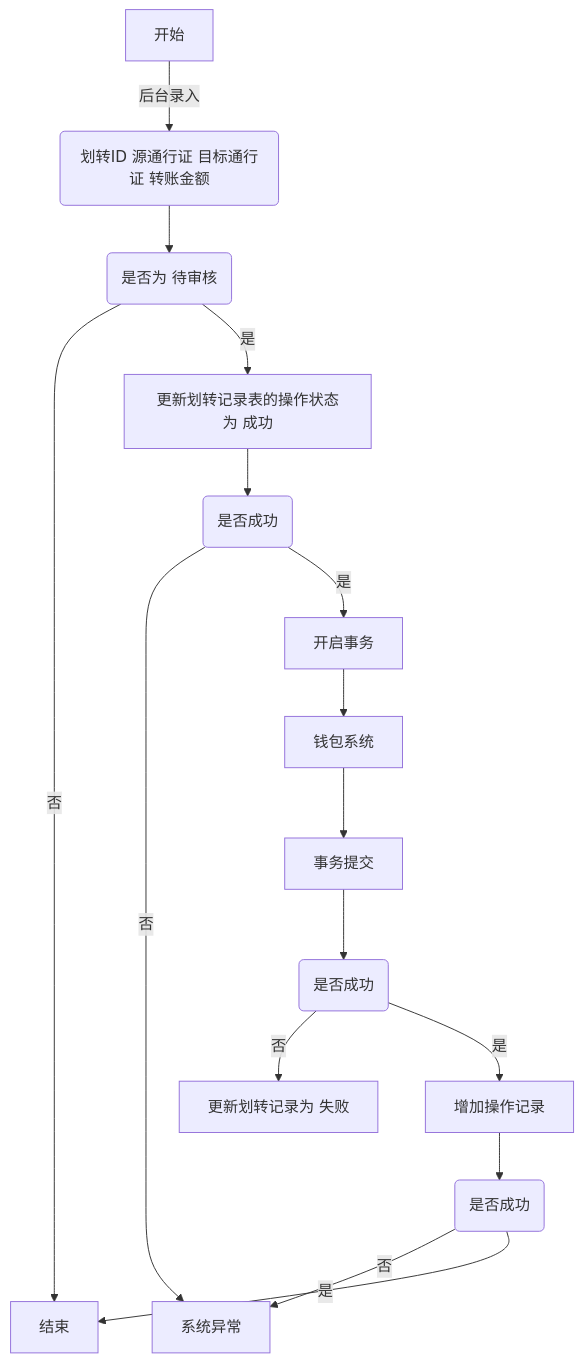
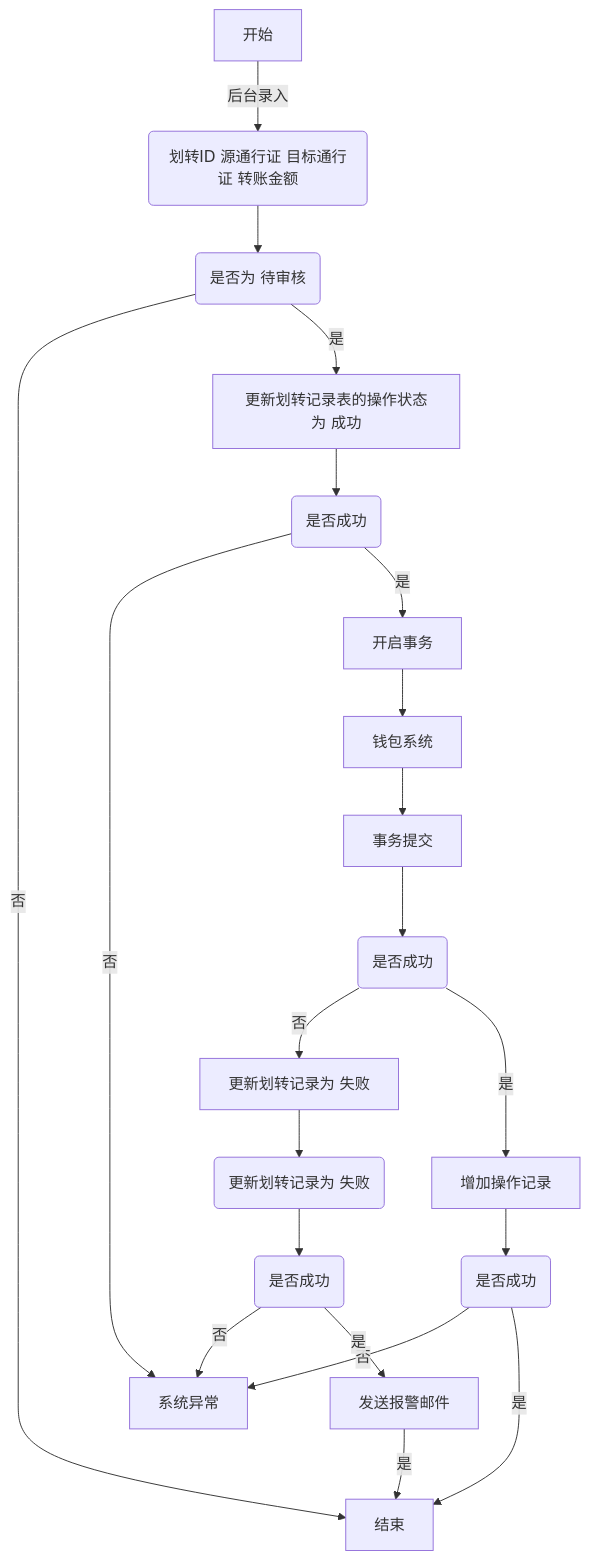
One commit to ma-luyang/shimobang changed the diagram in README.md. Above: the diagram before and after it, drawn with Mermaid.

````diff
--- a/README.md
+++ b/README.md
@@ -3,19 +3,29 @@
 ```mermaid
 flowchart TD
     A[开始] -->|后台录入| B(划转ID 源通行证 目标通行证 转账金额)
+    
     B --> C(是否为 待审核);
     C -->|否|Z[结束];
     C -->|是|D[更新划转记录表的操作状态为 成功];
+    
     D --> E(是否成功);
     E -->|否|X[系统异常];
     E -->|是|F[开启事务];
     F --> G[钱包系统];
     G --> H[事务提交];
+    
     H --> I(是否成功);
     I -->|否|J[更新划转记录为 失败];
     I -->|是|K[增加操作记录];
     
     K --> L(是否成功);
-    L-->|否|X[系统异常];
+    L -->|否|X[系统异常];
     L -->|是|Z[结束];
+    
+    J --> M(更新划转记录为 失败);
+    M --> N(是否成功);
+    N -->|否|X[系统异常];
+    N -->|是|O[发送报警邮件];
+    O -->|是|Z[结束];
+    
 ```
````
